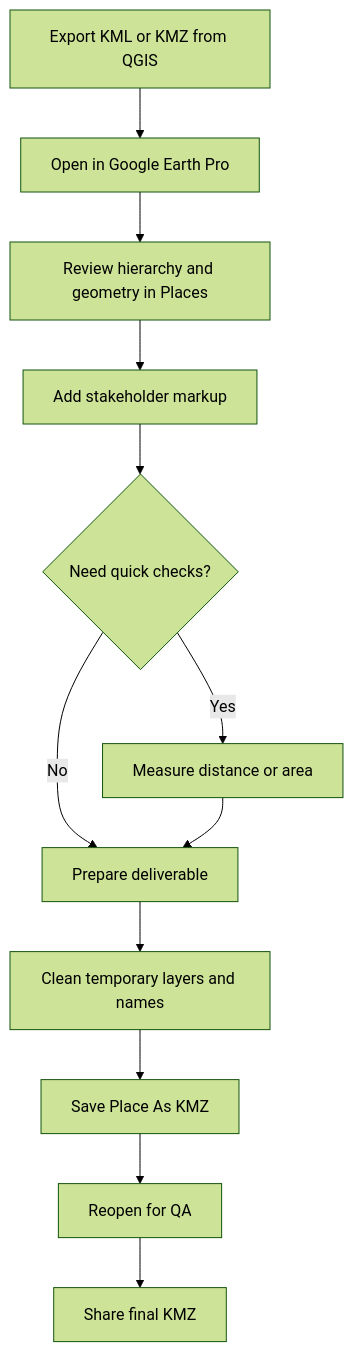
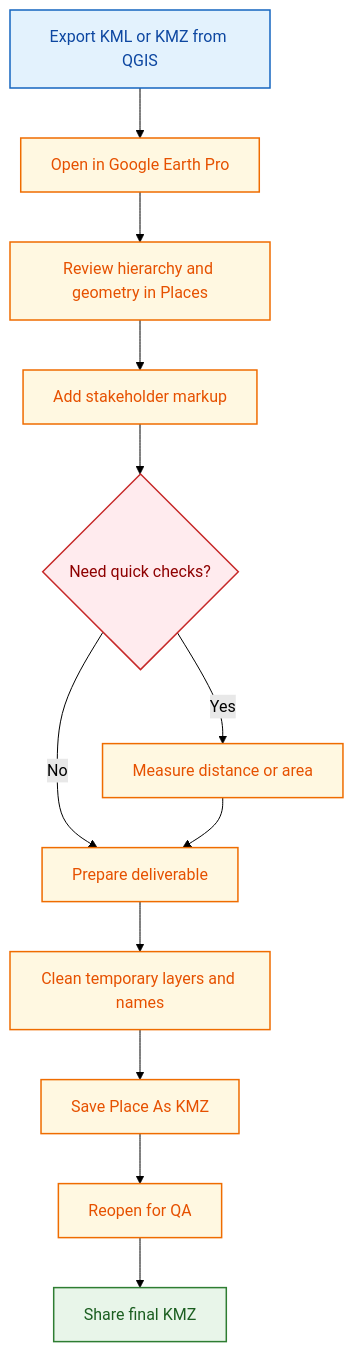
Before and after one commit to PrathamGitHub/Geo-CAD-Practical-Reference: the diagram in docs/google-earth-pro-reference.md, drawn with Mermaid (forest theme). The commit also changed 7 other files, not shown here.

Commit message:
Enhance documentation with updated flowcharts and class definitions for improved clarity and usability across AutoCAD Civil 3D, Excel 365, Google Earth Pro, OneDrive, and QGIS workflows.

````diff
--- a/docs/google-earth-pro-reference.md
+++ b/docs/google-earth-pro-reference.md
@@ -82,14 +82,24 @@
 ```mermaid
 flowchart TD
 	A[Export KML or KMZ from QGIS] --> B[Open in Google Earth Pro]
 	B --> C[Review hierarchy and geometry in Places]
 	C --> D[Add stakeholder markup]
 	D --> E{Need quick checks?}
 	E -->|Yes| F[Measure distance or area]
 	E -->|No| G[Prepare deliverable]
 	F --> G
 	G --> H[Clean temporary layers and names]
 	H --> I[Save Place As KMZ]
 	I --> J[Reopen for QA]
 	J --> K[Share final KMZ]
+
+	classDef input fill:#e3f2fd,stroke:#1565c0,stroke-width:1.5px,color:#0d47a1;
+	classDef process fill:#fff8e1,stroke:#ef6c00,stroke-width:1.5px,color:#e65100;
+	classDef decision fill:#ffebee,stroke:#c62828,stroke-width:1.5px,color:#8e0000;
+	classDef output fill:#e8f5e9,stroke:#2e7d32,stroke-width:1.5px,color:#1b5e20;
+
+	class A input;
+	class B,C,D,F,G,H,I,J process;
+	class E decision;
+	class K output;
 ```
````
